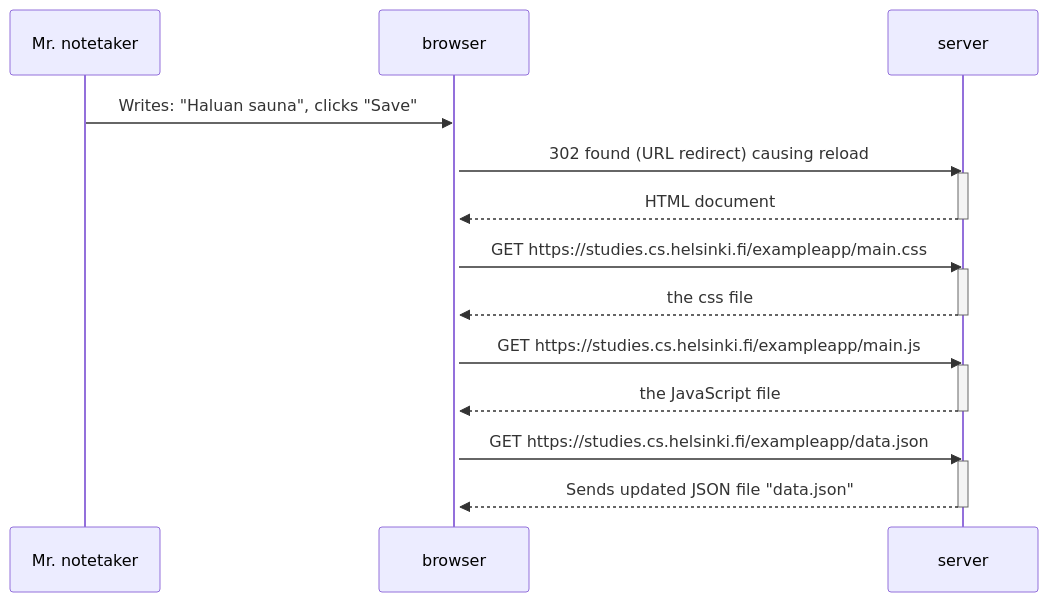
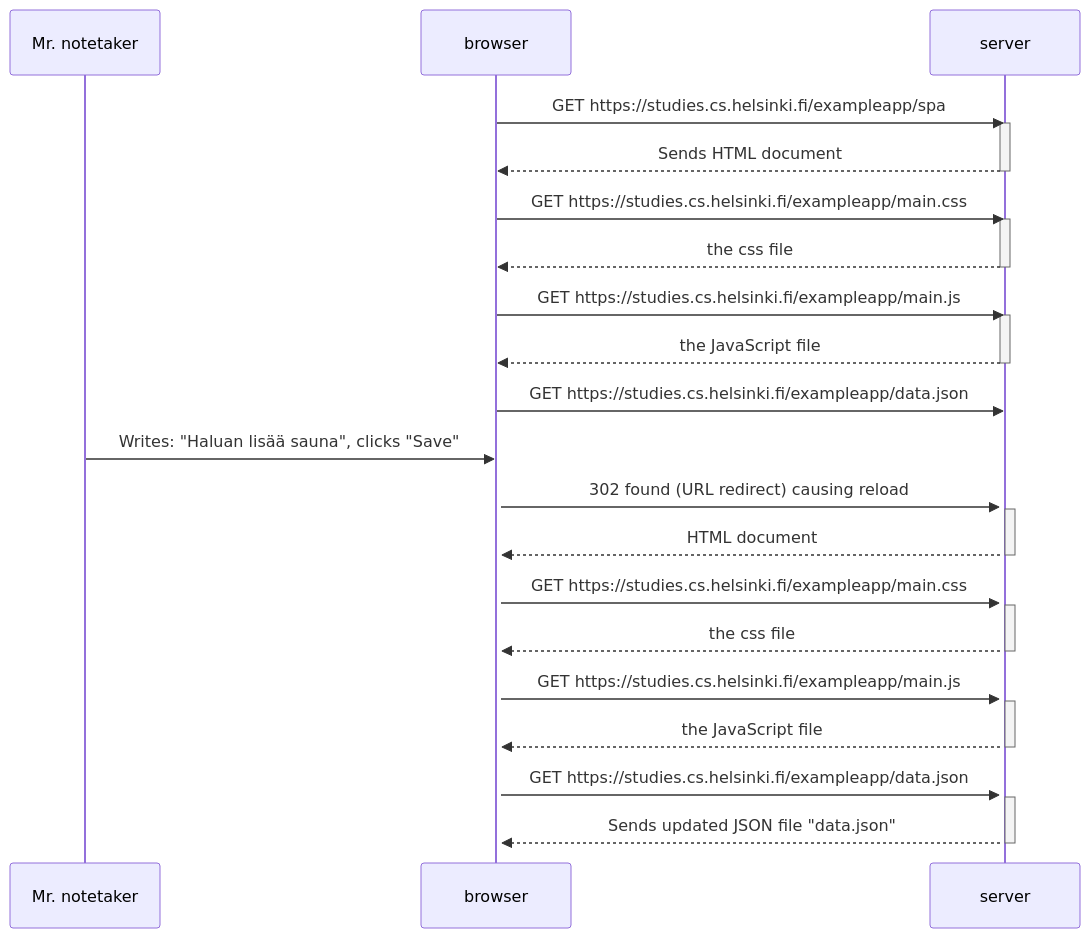
Before and after one commit to haavardmk/fullstackopen: the diagram in part0/0.5 diagram.md, drawn with Mermaid.

Commit message:
Update 0.5 diagram.md

````diff
--- a/part0/0.5 diagram.md
+++ b/part0/0.5 diagram.md
@@ -1,30 +1,48 @@
 ```mermaid
 sequenceDiagram
     participant Mr. notetaker
     participant browser
     participant server
 
-    Mr. notetaker->>browser: Writes: "Haluan sauna", clicks "Save"
+    browser->>server: GET https://studies.cs.helsinki.fi/exampleapp/spa
+    activate server
+    server-->>browser: Sends HTML document
+    deactivate server
+
+    browser->>server: GET https://studies.cs.helsinki.fi/exampleapp/main.css
+    activate server
+    server-->>browser: the css file
+    deactivate server
+
+    browser->>server: GET https://studies.cs.helsinki.fi/exampleapp/main.js
+    activate server
+    server-->>browser: the JavaScript file
+    deactivate server
+
+    browser->>server: GET https://studies.cs.helsinki.fi/exampleapp/data.json
+    activate server
+
+    Mr. notetaker->>browser: Writes: "Haluan lisää sauna", clicks "Save"
     activate browser
     browser->>server: 302 found (URL redirect) causing reload
     activate server
     server-->>browser: HTML document
     deactivate server
 
     browser->>server: GET https://studies.cs.helsinki.fi/exampleapp/main.css
     activate server
     server-->>browser: the css file
     deactivate server
 
     browser->>server: GET https://studies.cs.helsinki.fi/exampleapp/main.js
     activate server
     server-->>browser: the JavaScript file
     deactivate server
 
 
     browser->>server: GET https://studies.cs.helsinki.fi/exampleapp/data.json
     activate server
     server-->>browser: Sends updated JSON file "data.json"
     deactivate server
 
 ```
````
